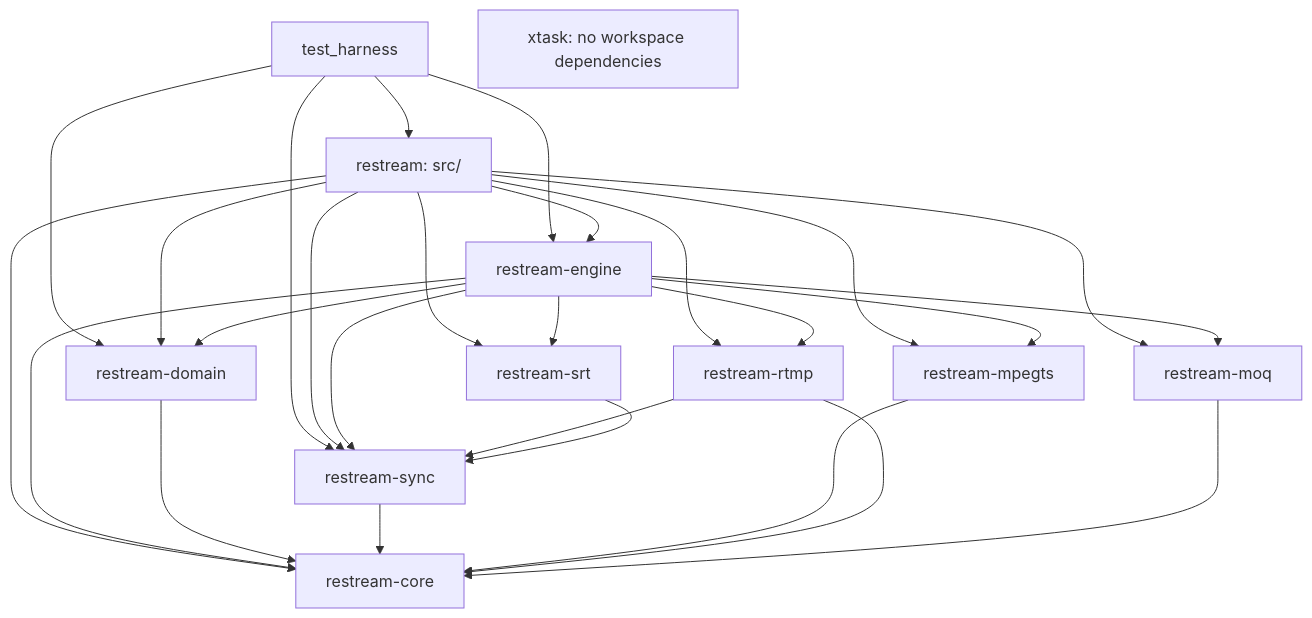
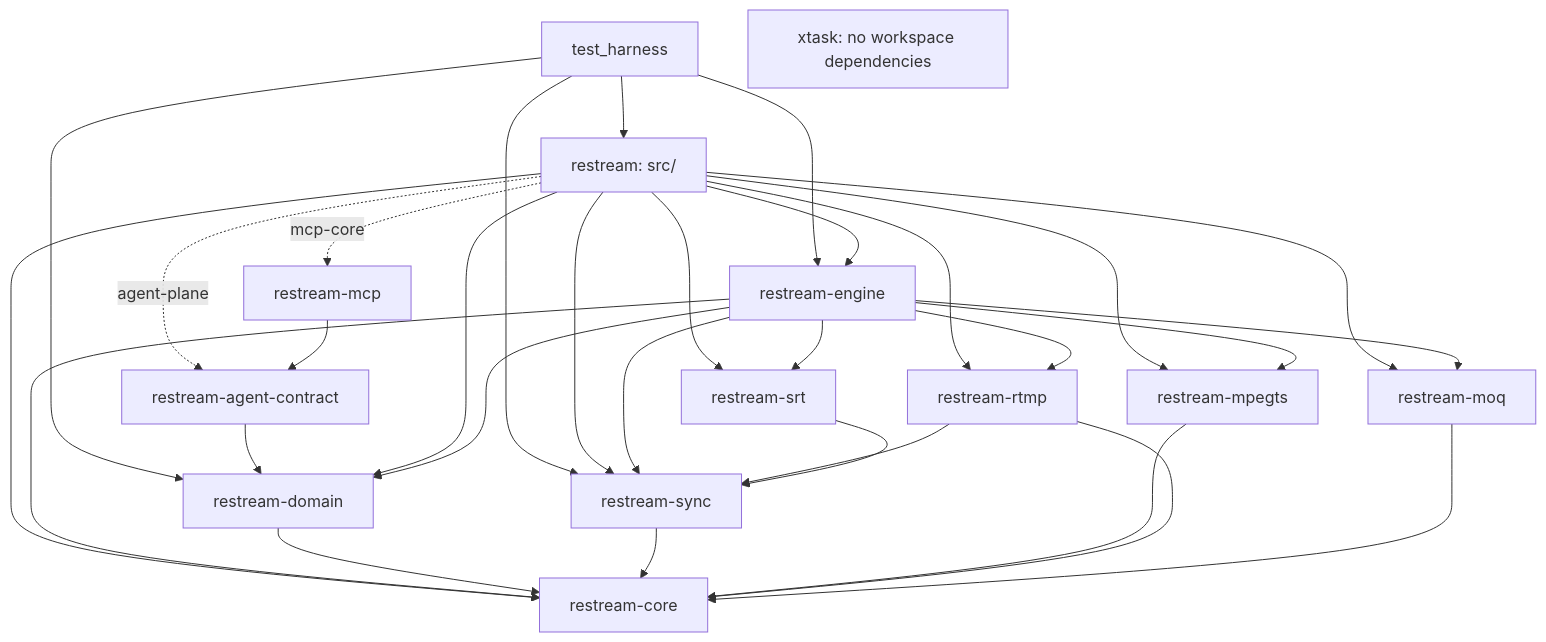
The third of 7 diagrams in docs/architecture.md (krsna1729/restream), drawn with Mermaid before and after one commit. The commit also changed other lines of this file and 41 other files, not shown here.

````diff
--- a/docs/architecture.md
+++ b/docs/architecture.md
@@ -115,30 +116,34 @@
 ```mermaid
 flowchart TD
     Harness["test_harness"] --> App["restream: src/"]
     Harness --> Engine
     Harness --> Domain
     Harness --> Sync
     App --> Engine["restream-engine"]
+    App -.->|"agent-plane"| Contract["restream-agent-contract"]
+    App -.->|"mcp-core"| Mcp["restream-mcp"]
+    Mcp --> Contract
+    Contract --> Domain
     App --> Core["restream-core"]
     App --> Domain["restream-domain"]
     App --> Sync["restream-sync"]
     App --> Ts["restream-mpegts"]
     App --> Rtmp["restream-rtmp"]
     App --> Srt["restream-srt"]
     App --> Moq["restream-moq"]
     Engine --> Core
     Engine --> Domain
     Engine --> Sync
     Engine --> Ts
     Engine --> Rtmp
     Engine --> Srt
     Engine --> Moq
     Domain --> Core
     Sync --> Core
     Ts --> Core
     Rtmp --> Core
     Rtmp --> Sync
     Srt --> Sync
     Moq --> Core
     Xtask["xtask: no workspace dependencies"]
 ```
````
